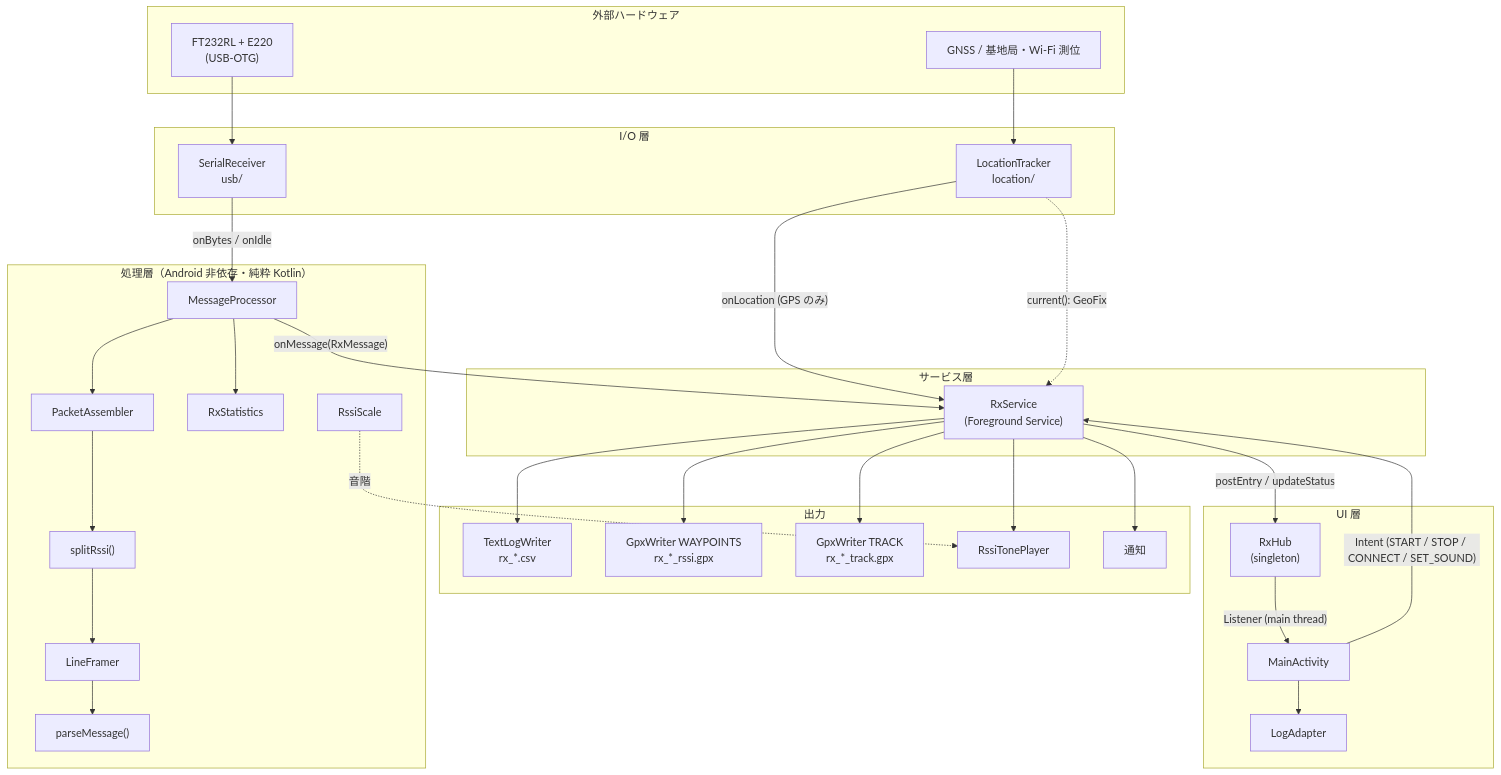
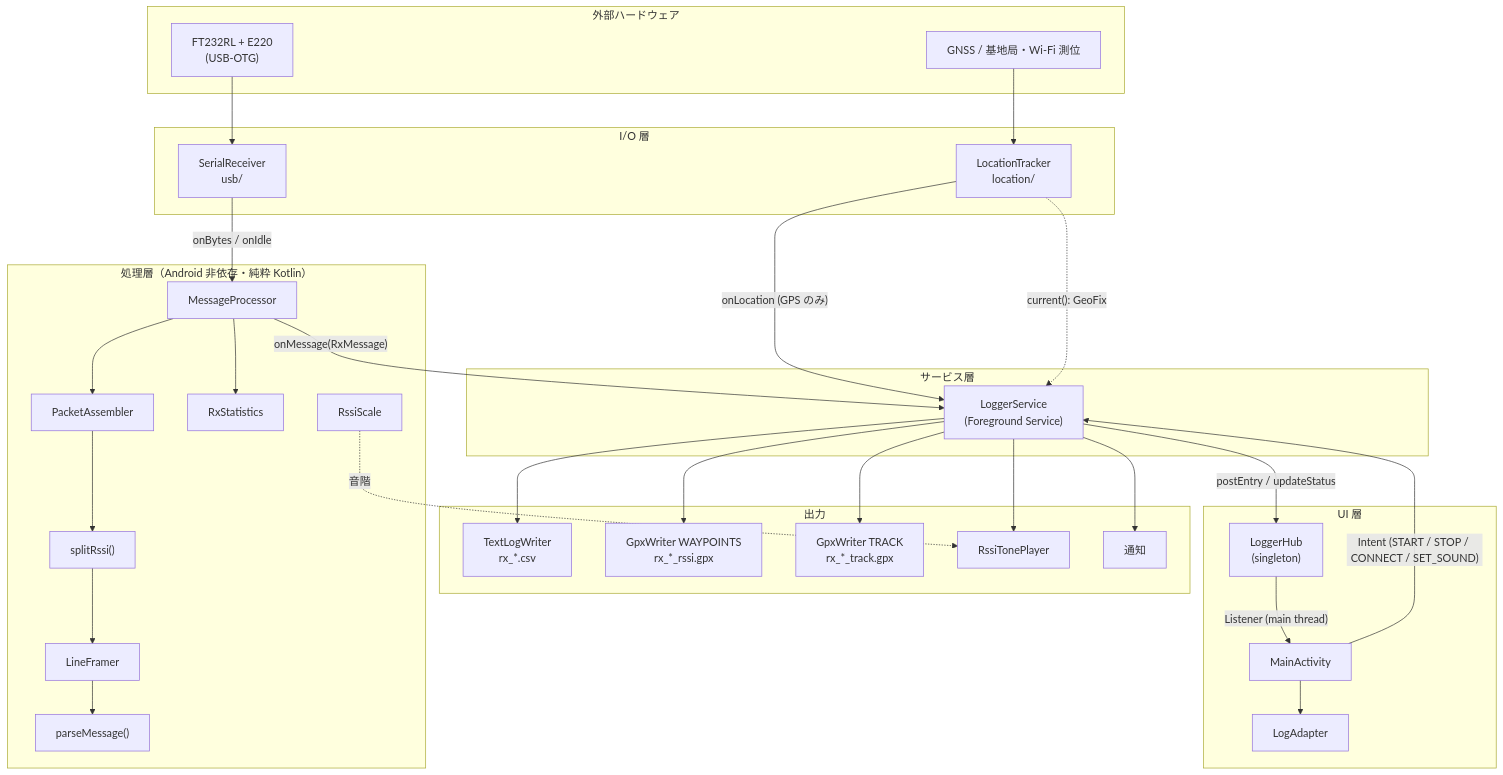
Before and after one commit to saikun/S220: the first of 3 diagrams in S220/docs/design.md, drawn with Mermaid. The commit also changed other lines of this file and 17 other files, not shown here.

````diff
--- a/S220/docs/design.md
+++ b/S220/docs/design.md
@@ -18,52 +18,52 @@
 ```mermaid
 flowchart TB
     subgraph HW["外部ハードウェア"]
         FTDI["FT232RL + E220<br/>(USB-OTG)"]
         GNSS["GNSS / 基地局・Wi-Fi 測位"]
     end
 
     subgraph IO["I/O 層"]
         SR["SerialReceiver<br/>usb/"]
         LT["LocationTracker<br/>location/"]
     end
 
     subgraph CORE["処理層（Android 非依存・純粋 Kotlin）"]
         MP["MessageProcessor"]
         PA["PacketAssembler"]
         SPL["splitRssi()"]
         LF["LineFramer"]
         PM["parseMessage()"]
         ST["RxStatistics"]
         RS["RssiScale"]
         MP --> PA --> SPL --> LF --> PM
         MP --> ST
     end
 
     subgraph SVC["サービス層"]
-        RXS["RxService<br/>(Foreground Service)"]
+        RXS["LoggerService<br/>(Foreground Service)"]
     end
 
     subgraph OUT["出力"]
         CSV["TextLogWriter<br/>rx_*.csv"]
         GPXW["GpxWriter WAYPOINTS<br/>rx_*_rssi.gpx"]
         GPXT["GpxWriter TRACK<br/>rx_*_track.gpx"]
         TONE["RssiTonePlayer"]
         NOTI["通知"]
     end
 
     subgraph UI["UI 層"]
-        HUB["RxHub<br/>(singleton)"]
+        HUB["LoggerHub<br/>(singleton)"]
         ACT["MainActivity"]
         ADP["LogAdapter"]
     end
 
     FTDI --> SR -- "onBytes / onIdle" --> MP
     MP -- "onMessage(RxMessage)" --> RXS
     GNSS --> LT -- "onLocation (GPS のみ)" --> RXS
     LT -. "current(): GeoFix" .-> RXS
     RXS --> CSV & GPXW & GPXT & TONE & NOTI
     RXS -- "postEntry / updateStatus" --> HUB
     HUB -- "Listener (main thread)" --> ACT --> ADP
     ACT -- "Intent (START / STOP / CONNECT / SET_SOUND)" --> RXS
     RS -. 音階 .-> TONE
 ```
````
